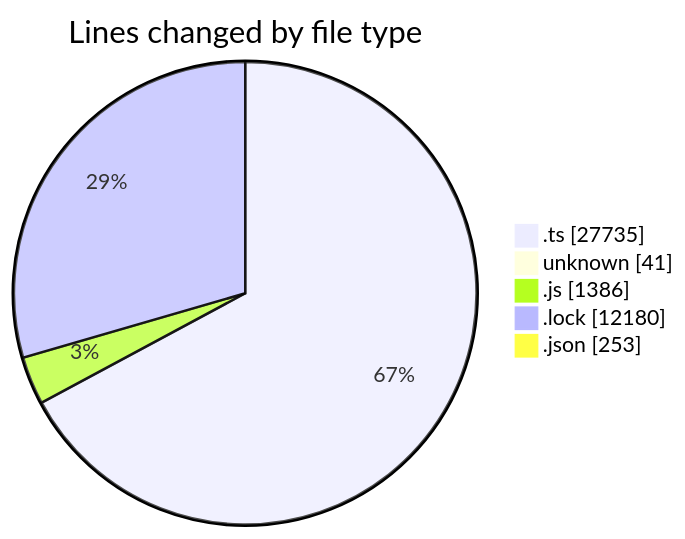
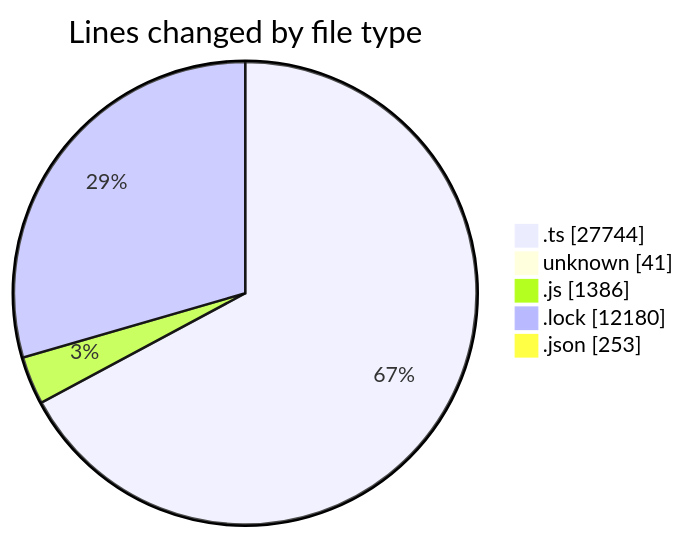
The first of 2 diagrams in 2025-08-18/cda/README.md (momahboobian/code-tracking), drawn with Mermaid before and after one commit. The commit also changed other lines of this file and 1 other file, not shown here.

````diff
--- a/2025-08-18/cda/README.md
+++ b/2025-08-18/cda/README.md
@@ -39,9 +39,9 @@
 ```mermaid
 pie showData
 title Lines changed by file type
-".ts" : 27735
+".ts" : 27744
 "unknown" : 41
 ".js" : 1386
 ".lock" : 12180
 ".json" : 253
 ```
````
